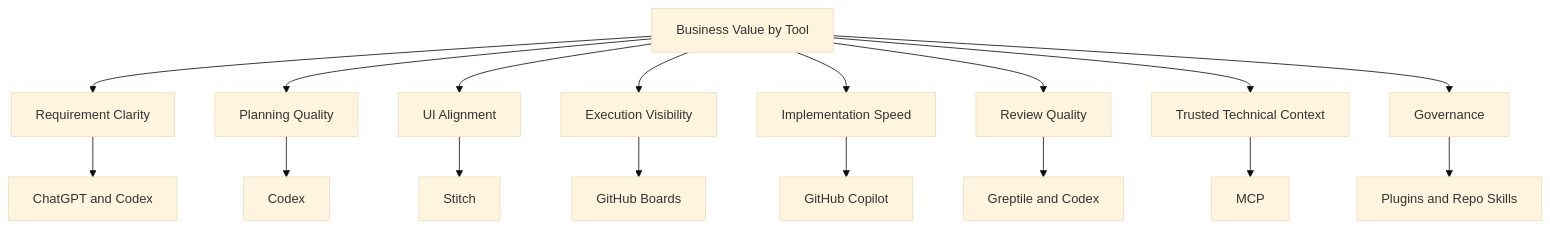
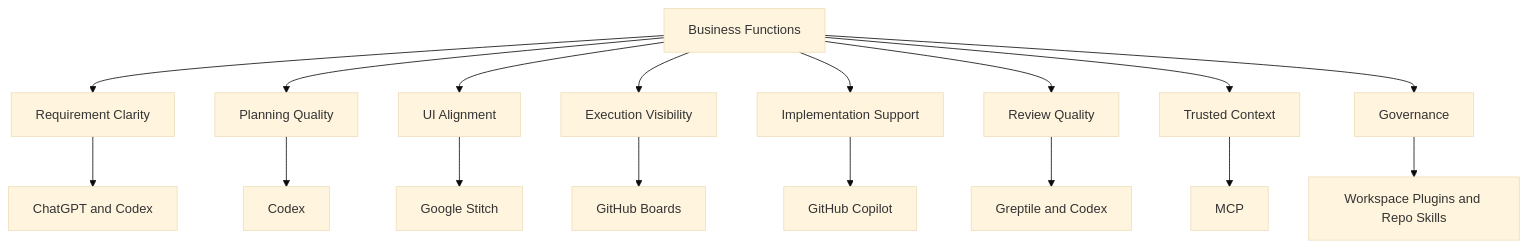
Before and after one commit to refat-asadullah-creolytix-dev/refat-asadullah-creolytix-dev: the seventh of 21 diagrams in creolytix-ai-delivery-model.md, drawn with Mermaid (base theme). The commit also changed other lines of this file, not shown here.

````diff
--- a/creolytix-ai-delivery-model.md
+++ b/creolytix-ai-delivery-model.md
@@ -227,20 +241,20 @@
 ```mermaid
 flowchart TB
-    A[Business Value by Tool] --> B[Requirement Clarity]
+    A[Business Functions] --> B[Requirement Clarity]
     A --> C[Planning Quality]
     A --> D[UI Alignment]
     A --> E[Execution Visibility]
-    A --> F[Implementation Speed]
+    A --> F[Implementation Support]
     A --> G[Review Quality]
-    A --> H[Trusted Technical Context]
+    A --> H[Trusted Context]
     A --> I[Governance]
 
     B --> B1[ChatGPT and Codex]
     C --> C1[Codex]
-    D --> D1[Stitch]
+    D --> D1[Google Stitch]
     E --> E1[GitHub Boards]
     F --> F1[GitHub Copilot]
     G --> G1[Greptile and Codex]
     H --> H1[MCP]
-    I --> I1[Plugins and Repo Skills]
+    I --> I1[Workspace Plugins and Repo Skills]
 ```
````
